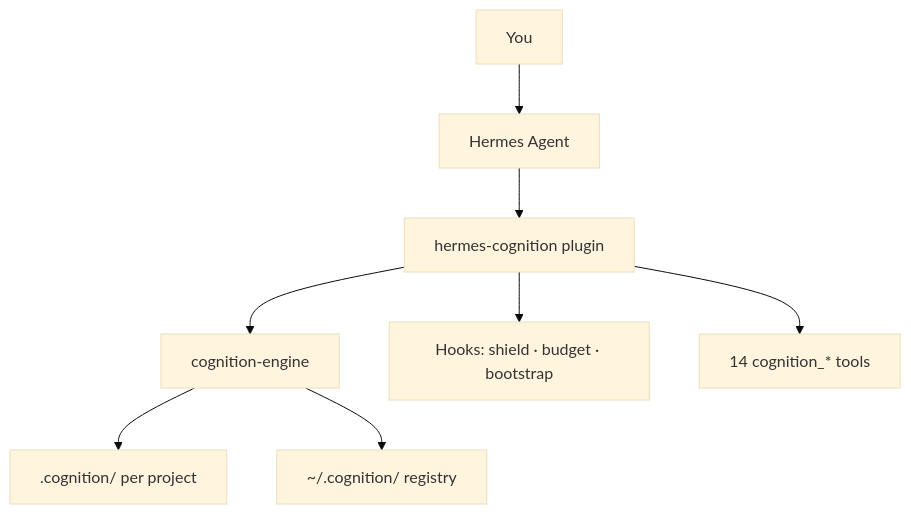
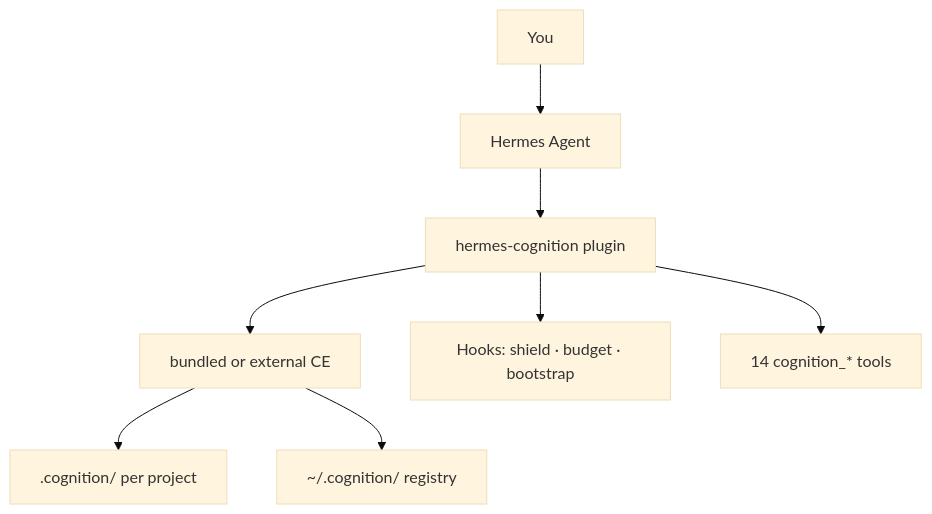
One commit to Apar-Baral/CogniCore changed the diagram in README.md. Above: the diagram before and after it, drawn with Mermaid (base theme). The commit also changed other lines of this file and 23 other files, not shown here.

First line of the commit message:
Add OG banner, bundled Cognition Engine, and CE integration docs

````diff
--- a/README.md
+++ b/README.md
@@ -51,10 +55,10 @@
 ```mermaid
 flowchart TB
   U[You] --> H[Hermes Agent]
   H --> P[hermes-cognition plugin]
-  P --> CE[cognition-engine]
+  P --> CE[bundled or external CE]
   CE --> D[".cognition/ per project"]
   CE --> G["~/.cognition/ registry"]
   P --> HK[Hooks: shield · budget · bootstrap]
   P --> TL[14 cognition_* tools]
 ```
````
